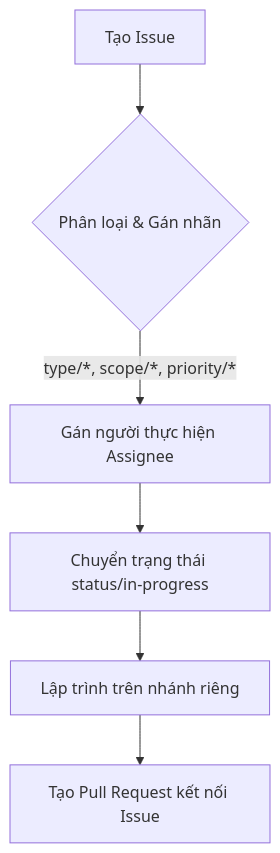
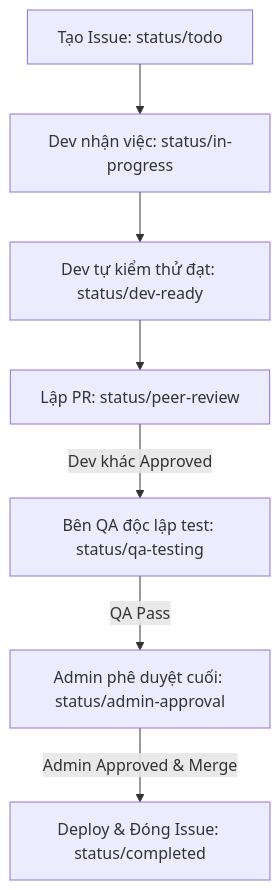
The diagram in docs/v2/project-workflow.md (ldt116/cse-mark), drawn with Mermaid before and after one commit. The commit also changed other lines of this file, not shown here.

Commit message:
docs(v2): update status flow to include peer review, QA, and Admin approval stages

````diff
--- a/docs/v2/project-workflow.md
+++ b/docs/v2/project-workflow.md
@@ -57,8 +61,9 @@
 ```mermaid
 graph TD
-    A[Tạo Issue] --> B{Phân loại & Gán nhãn}
-    B -->|type/*, scope/*, priority/*| C[Gán người thực hiện Assignee]
-    C --> D[Chuyển trạng thái status/in-progress]
-    D --> E[Lập trình trên nhánh riêng]
-    E --> F[Tạo Pull Request kết nối Issue]
+    A[Tạo Issue: status/todo] --> B[Dev nhận việc: status/in-progress]
+    B --> C[Dev tự kiểm thử đạt: status/dev-ready]
+    C --> D[Lập PR: status/peer-review]
+    D -->|Dev khác Approved| E[Bên QA độc lập test: status/qa-testing]
+    E -->|QA Pass| F[Admin phê duyệt cuối: status/admin-approval]
+    F -->|Admin Approved & Merge| G[Deploy & Đóng Issue: status/completed]
 ```
````
